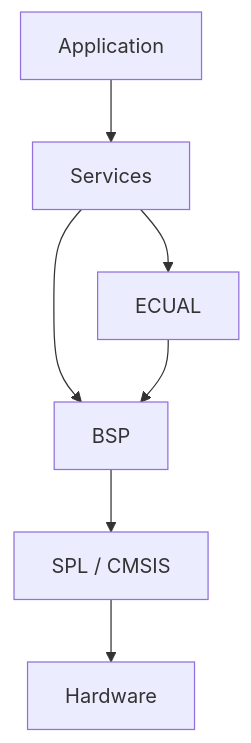
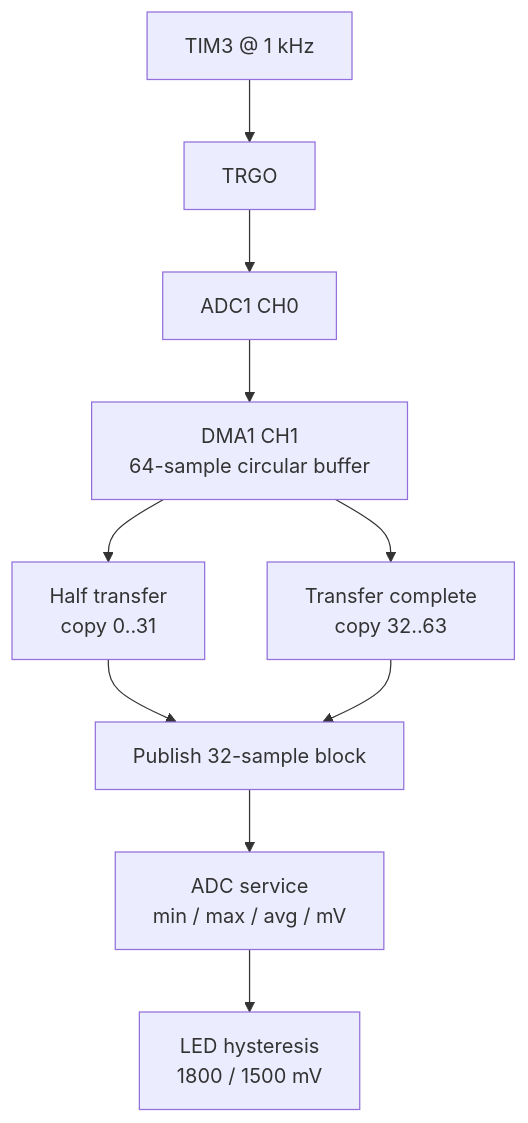
One commit to haikevins/stm32f1-spl-procedural-baremetal changed the diagram in 08-adc-dma/docs/architecture.md. Above: the diagram before and after it, drawn with Mermaid. The commit also changed other lines of this file and 16 other files, not shown here.

````diff
--- a/08-adc-dma/docs/architecture.md
+++ b/08-adc-dma/docs/architecture.md
@@ -39,9 +55,12 @@
 ```mermaid
 flowchart TB
-    APP["Application"] --> SVC["Services"]
-    SVC --> BSP["BSP"]
-    SVC --> ECUAL["ECUAL"]
-    ECUAL --> BSP
-    BSP --> SPL["SPL / CMSIS"]
-    SPL --> HW["Hardware"]
+    TIM["TIM3 @ 1 kHz"] --> TRGO["TRGO"]
+    TRGO --> ADC["ADC1 CH0"]
+    ADC --> DMA["DMA1 CH1<br/>64-sample circular buffer"]
+    DMA --> HT["Half transfer<br/>copy 0..31"]
+    DMA --> TC["Transfer complete<br/>copy 32..63"]
+    HT --> PUB["Publish 32-sample block"]
+    TC --> PUB
+    PUB --> SVC["ADC service<br/>min / max / avg / mV"]
+    SVC --> APP["LED hysteresis<br/>1800 / 1500 mV"]
 ```
````
